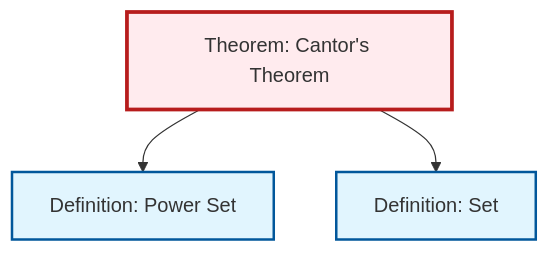
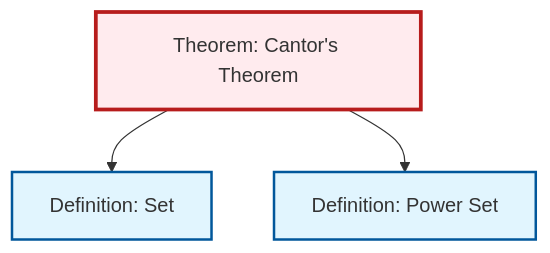
The second of 2 diagrams in content/en/logic-set-theory/thm-cantor.qmd (RK0429/ModernMath), drawn with Mermaid before and after one commit. The commit also changed other lines of this file and 417 other files, not shown here.

````diff
--- a/content/en/logic-set-theory/thm-cantor.qmd
+++ b/content/en/logic-set-theory/thm-cantor.qmd
@@ -70,17 +70,17 @@
 ```{mermaid}
 %%| fig-cap: "Local dependency graph"
 graph TD
     classDef definition fill:#e1f5fe,stroke:#01579b,stroke-width:2px
     classDef theorem fill:#f3e5f5,stroke:#4a148c,stroke-width:2px
     classDef axiom fill:#fff3e0,stroke:#e65100,stroke-width:2px
     classDef example fill:#e8f5e9,stroke:#1b5e20,stroke-width:2px
     classDef current fill:#ffebee,stroke:#b71c1c,stroke-width:3px
+    def-power-set["Definition: Power Set"]:::definition
     thm-cantor["Theorem: Cantor's Theorem"]:::theorem
     def-set["Definition: Set"]:::definition
-    def-power-set["Definition: Power Set"]:::definition
+    thm-cantor --> def-set
     thm-cantor --> def-power-set
-    thm-cantor --> def-set
     class thm-cantor current
+    click def-power-set "def-power-set.html" "Go to Power Set definition"
     click def-set "def-set.html" "Go to Set definition"
-    click def-power-set "def-power-set.html" "Go to Power Set definition"
 ```
````
